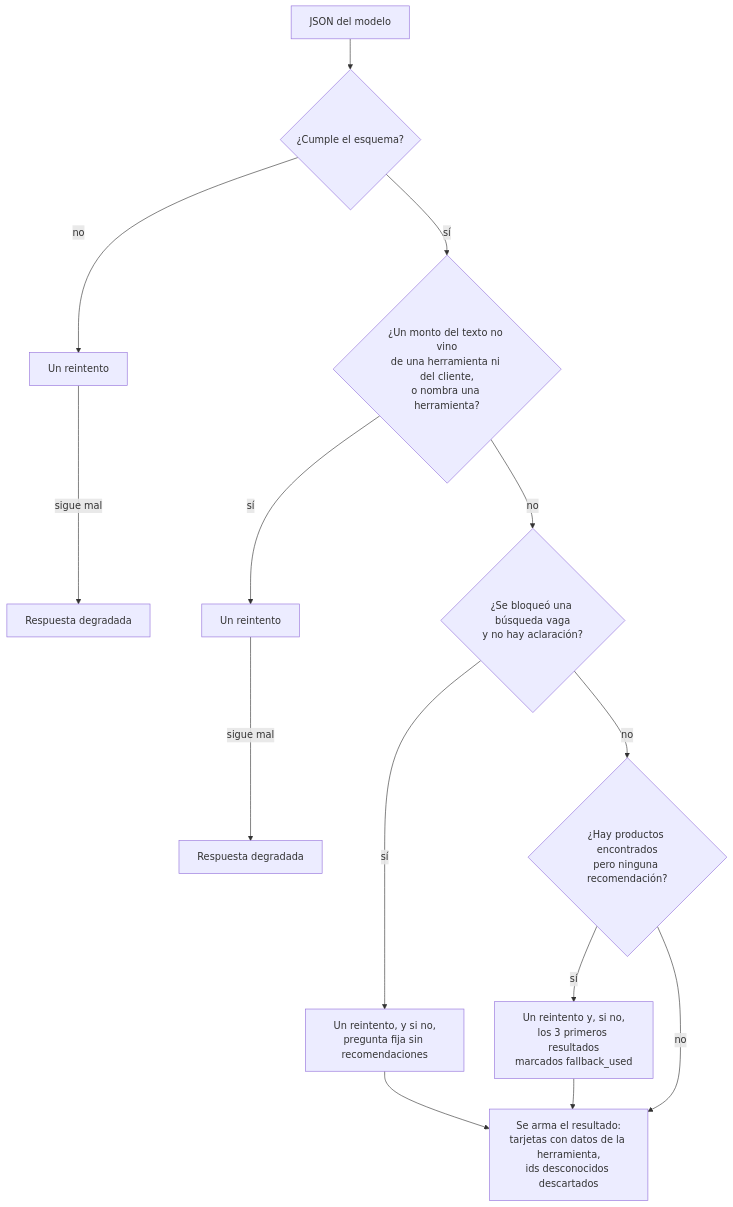
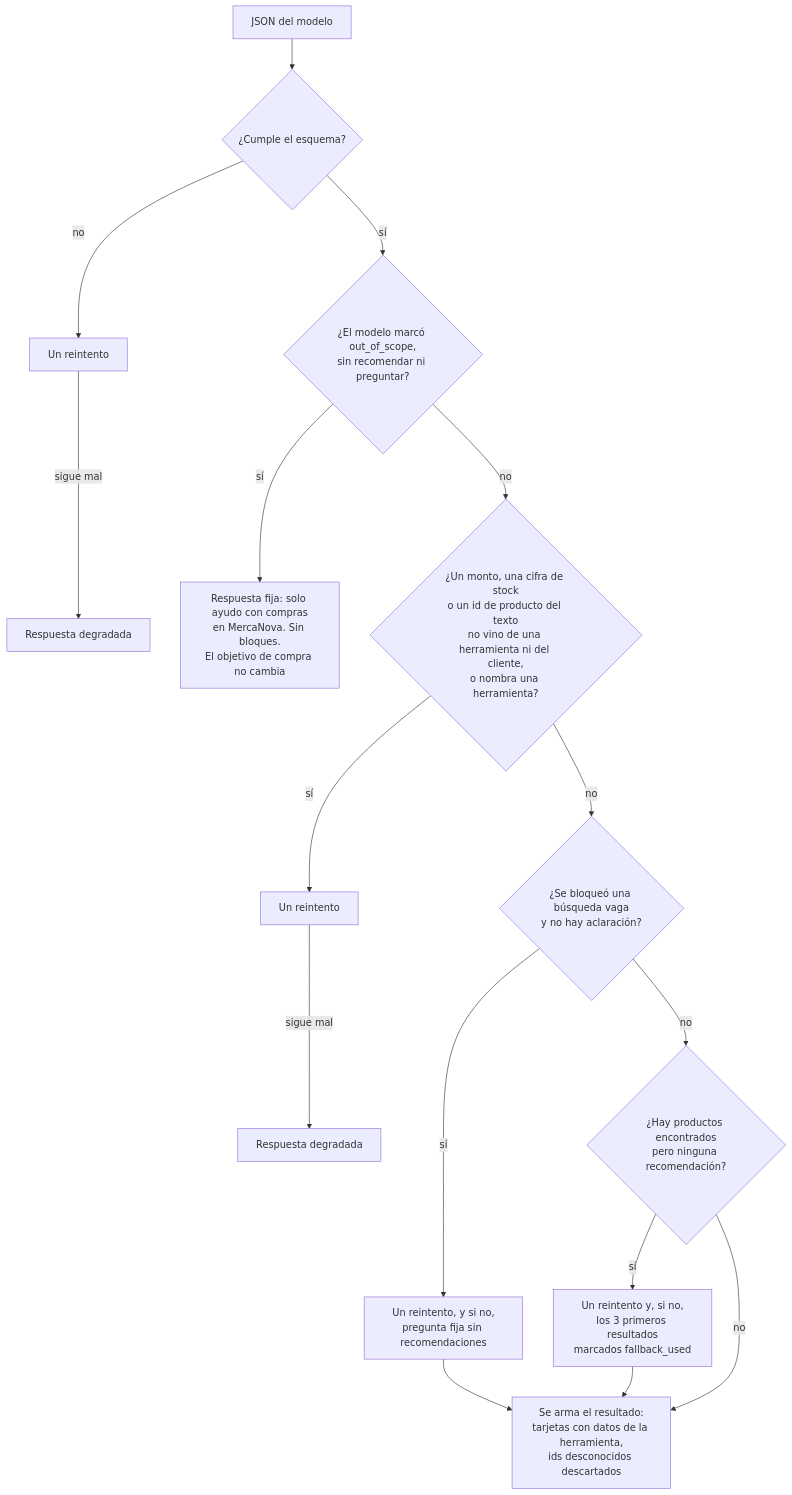
One commit to Saikus08/mercanova-ai-assistant changed the third of 4 diagrams in docs/diagrams/agent-flow.md. Above: the diagram before and after it, drawn with Mermaid. The commit also changed other lines of this file and 8 other files, not shown here.

Commit message:
feat(agent): refuse out-of-scope requests and check stock figures and ids in the reply (#21)

````diff
--- a/docs/diagrams/agent-flow.md
+++ b/docs/diagrams/agent-flow.md
@@ -69,16 +69,18 @@
 ```mermaid
 flowchart TD
     A[JSON del modelo] --> B{¿Cumple el esquema?}
     B -- no --> B1[Un reintento]
     B1 -- sigue mal --> Z1[Respuesta degradada]
-    B -- sí --> C{¿Un monto del texto no vino<br/>de una herramienta ni del cliente,<br/>o nombra una herramienta?}
+    B -- sí --> O{¿El modelo marcó out_of_scope,<br/>sin recomendar ni preguntar?}
+    O -- sí --> O1[Respuesta fija: solo ayudo con compras<br/>en MercaNova. Sin bloques.<br/>El objetivo de compra no cambia]
+    O -- no --> C{¿Un monto, una cifra de stock<br/>o un id de producto del texto<br/>no vino de una herramienta ni del cliente,<br/>o nombra una herramienta?}
     C -- sí --> C1[Un reintento]
     C1 -- sigue mal --> Z2[Respuesta degradada]
     C -- no --> D{¿Se bloqueó una búsqueda vaga<br/>y no hay aclaración?}
     D -- sí --> D1[Un reintento, y si no,<br/>pregunta fija sin recomendaciones]
     D -- no --> E{¿Hay productos encontrados<br/>pero ninguna recomendación?}
     E -- sí --> E1[Un reintento y, si no,<br/>los 3 primeros resultados<br/>marcados fallback_used]
     E -- no --> F[Se arma el resultado:<br/>tarjetas con datos de la herramienta,<br/>ids desconocidos descartados]
     D1 --> F
     E1 --> F
 ```
````
